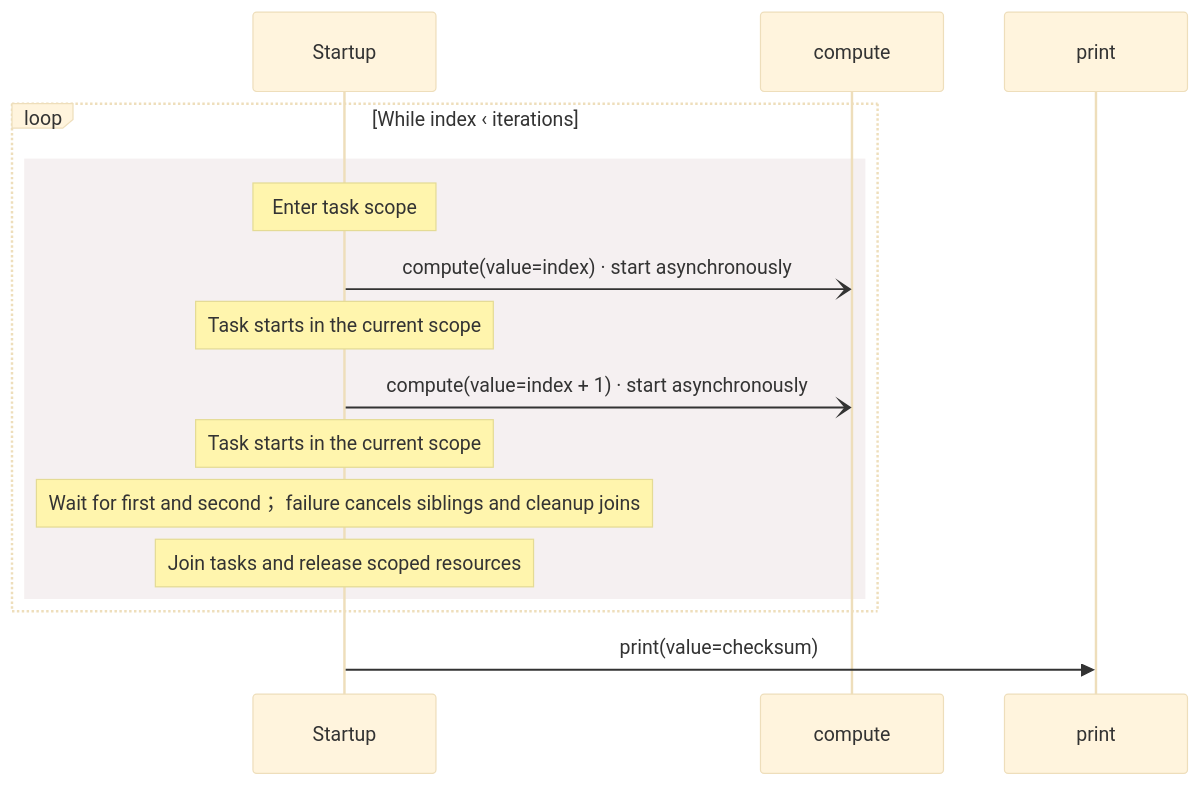
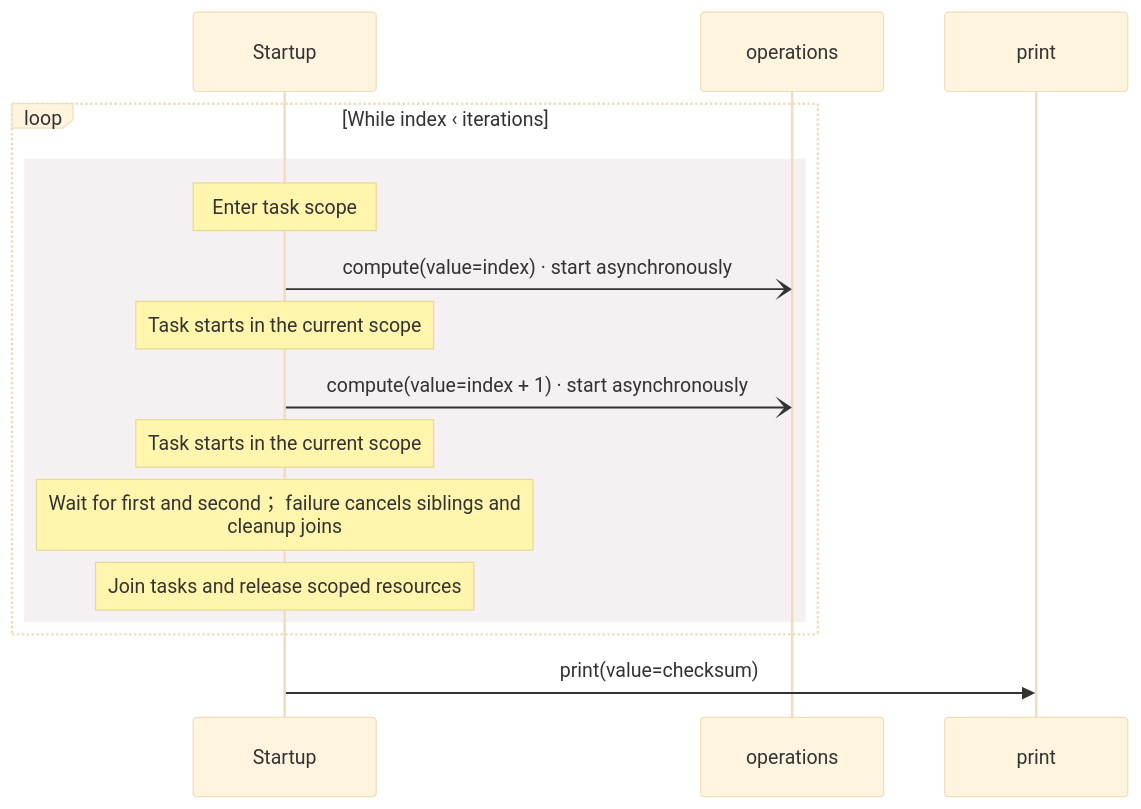
Before and after one commit to GreenPandaStudios/augscript: the second of 2 diagrams in benchmarks/tasks/main.aug.diagrams.md, drawn with Mermaid (base theme). The commit also changed 200 other files, not shown here.

Commit message:
Group imported operations and wrap readable sequence messages

````diff
--- a/benchmarks/tasks/main.aug.diagrams.md
+++ b/benchmarks/tasks/main.aug.diagrams.md
@@ -30,18 +30,18 @@
 ```mermaid
 sequenceDiagram
     participant p0 as Startup
-    participant p1 as compute
+    participant p1 as operations
     participant p2 as print
     loop While index ‹ iterations
     rect rgb(245, 240, 241)
     Note over p0: Enter task scope
     p0-)p1: compute(value=index) · start asynchronously
     Note over p0: Task starts in the current scope
     p0-)p1: compute(value=index + 1) · start asynchronously
     Note over p0: Task starts in the current scope
-    Note over p0: Wait for first and second； failure cancels siblings and cleanup joins
+    Note over p0: Wait for first and second； failure cancels siblings and<br/>cleanup joins
     Note over p0: Join tasks and release scoped resources
     end
     end
     p0->>p2: print(value=checksum)
 ```
````
